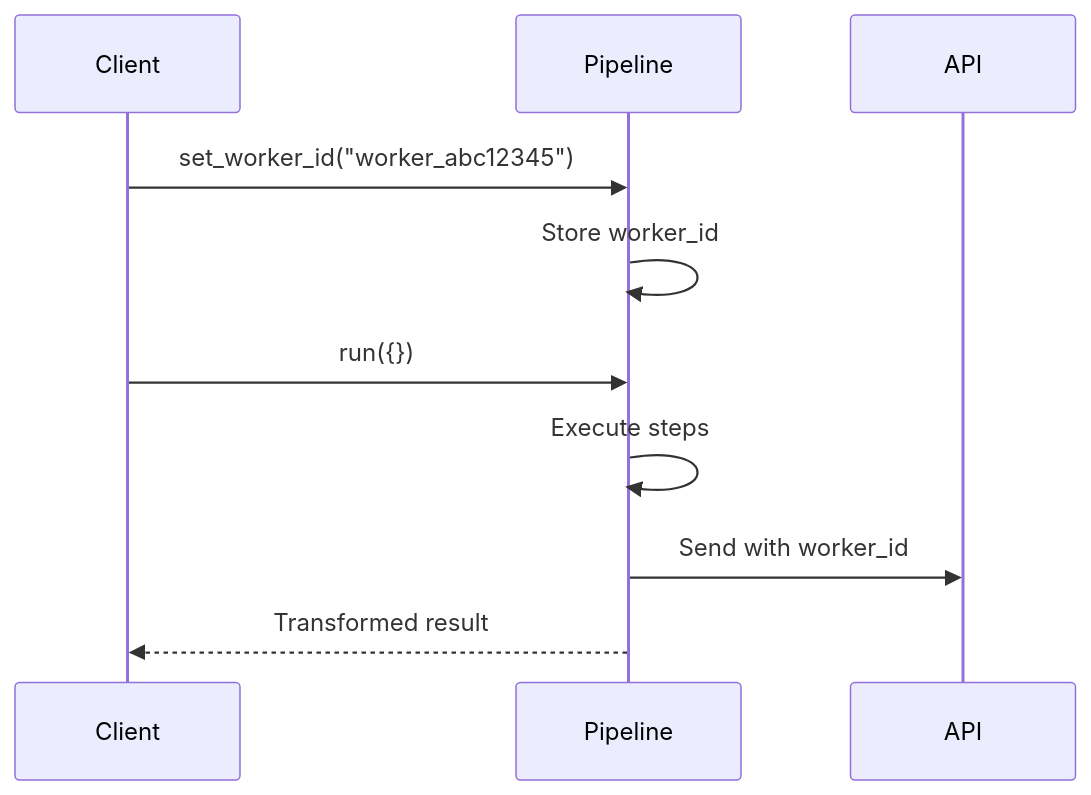
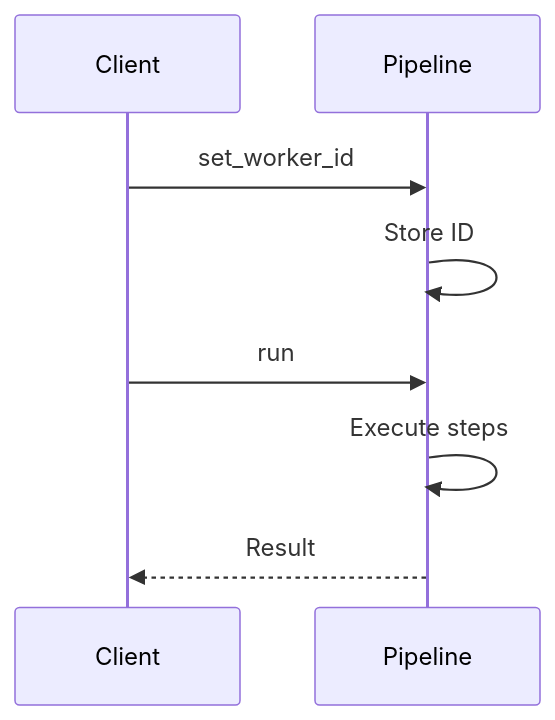
One commit to wisrovi/wpipe changed the second of 5 diagrams in examples/api_pipeline/02_worker_id/README.md. Above: the diagram before and after it, drawn with Mermaid. The commit also changed other lines of this file and 20 other files, not shown here.

First line of the commit message:
Simplify Mermaid diagrams for better rendering

````diff
--- a/examples/api_pipeline/02_worker_id/README.md
+++ b/examples/api_pipeline/02_worker_id/README.md
@@ -23,13 +23,11 @@
 ```mermaid
 sequenceDiagram
-    participant Client
-    participant Pipeline
-    participant API
+    participant C as Client
+    participant P as Pipeline
     
-    Client->>Pipeline: set_worker_id("worker_abc12345")
-    Pipeline->>Pipeline: Store worker_id
-    Client->>Pipeline: run({})
-    Pipeline->>Pipeline: Execute steps
-    Pipeline->>API: Send with worker_id
-    Pipeline-->>Client: Transformed result
+    C->>P: set_worker_id
+    P->>P: Store ID
+    C->>P: run
+    P->>P: Execute steps
+    P-->>C: Result
 ```
````
